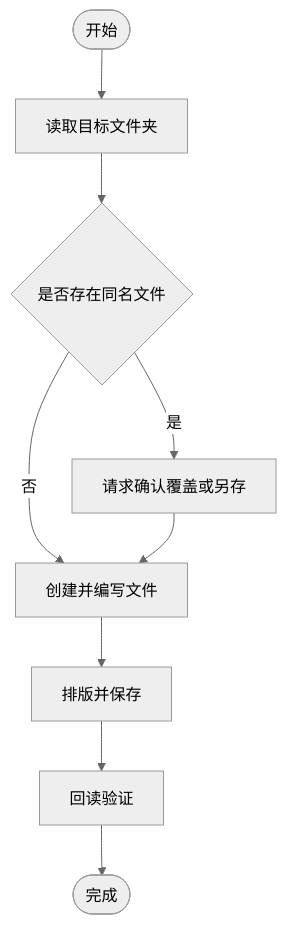
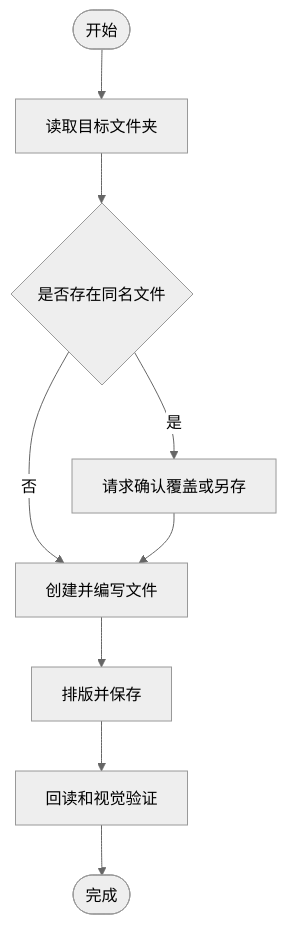
Before and after one commit to ddxmu/computeruse-file-authoring-skill: the diagram in SKILL.md, drawn with Mermaid (neutral theme). The commit also changed other lines of this file, not shown here.

````diff
--- a/SKILL.md
+++ b/SKILL.md
@@ -53,11 +130,11 @@
 ```mermaid
 flowchart TD
   A([开始]) --> B[读取目标文件夹]
   B --> C{是否存在同名文件}
   C -- 否 --> D[创建并编写文件]
   C -- 是 --> E[请求确认覆盖或另存]
   E --> D
   D --> F[排版并保存]
-  F --> G[回读验证]
+  F --> G[回读和视觉验证]
   G --> H([完成])
 ```
````
